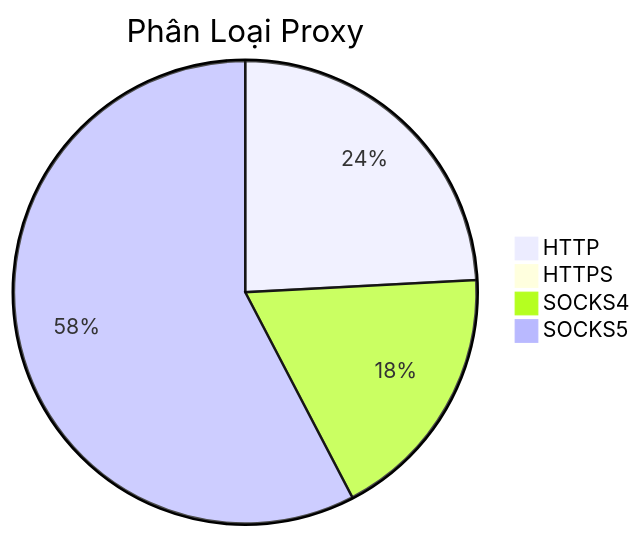
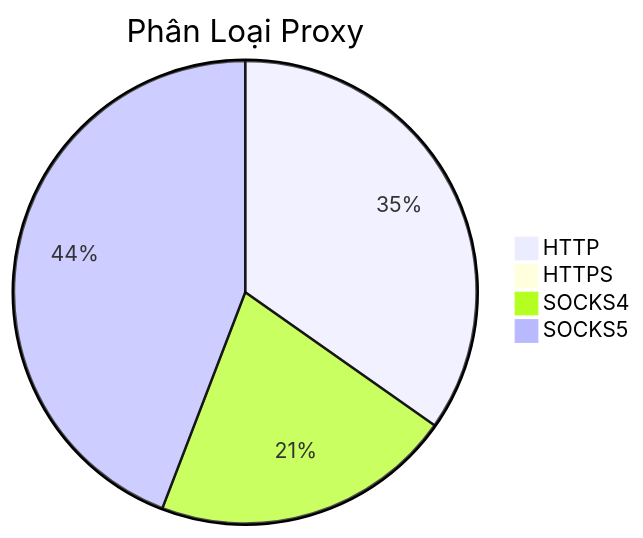
The diagram in README.md (Ciara-12/PROXY-free), drawn with Mermaid before and after one commit. The commit also changed other lines of this file and 3 other files, not shown here.

````diff
--- a/README.md
+++ b/README.md
@@ -26,7 +26,7 @@
 ```mermaid
 pie title Phân Loại Proxy
-    "HTTP" : 557
+    "HTTP" : 617
     "HTTPS" : 1
-    "SOCKS4" : 419
-    "SOCKS5" : 1329
+    "SOCKS4" : 374
+    "SOCKS5" : 784
 ```
````
